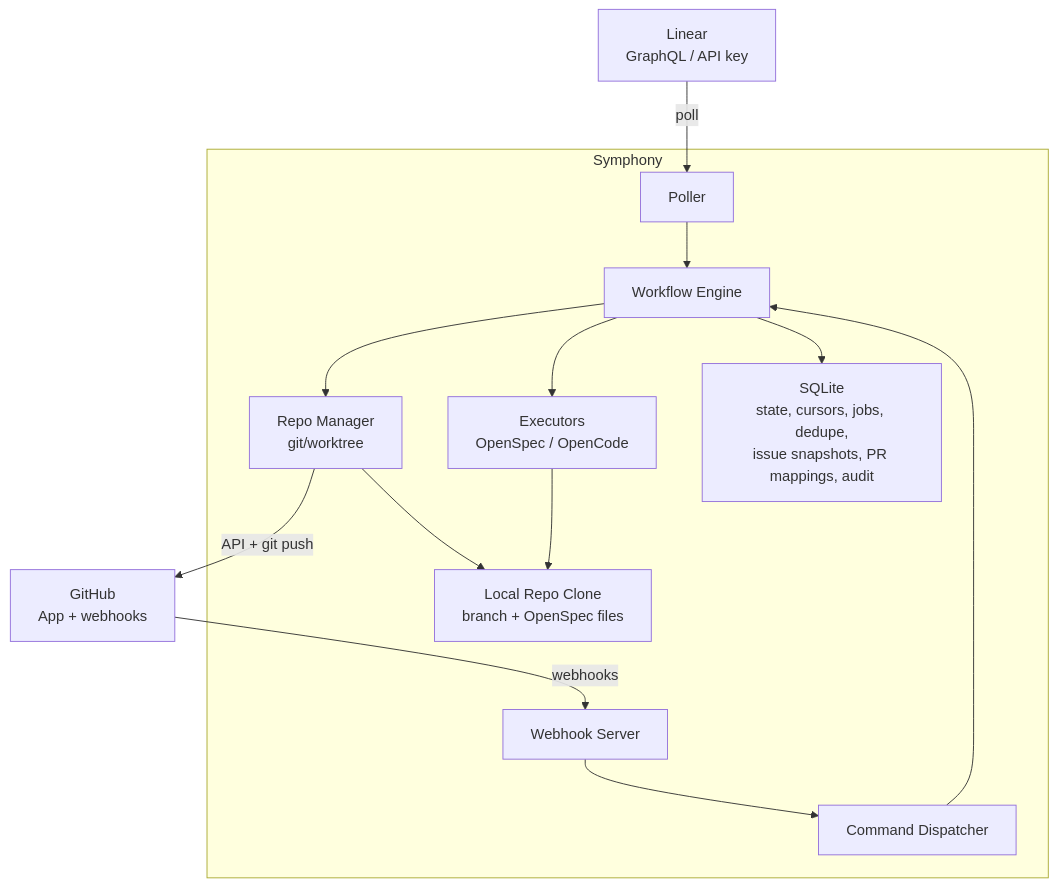
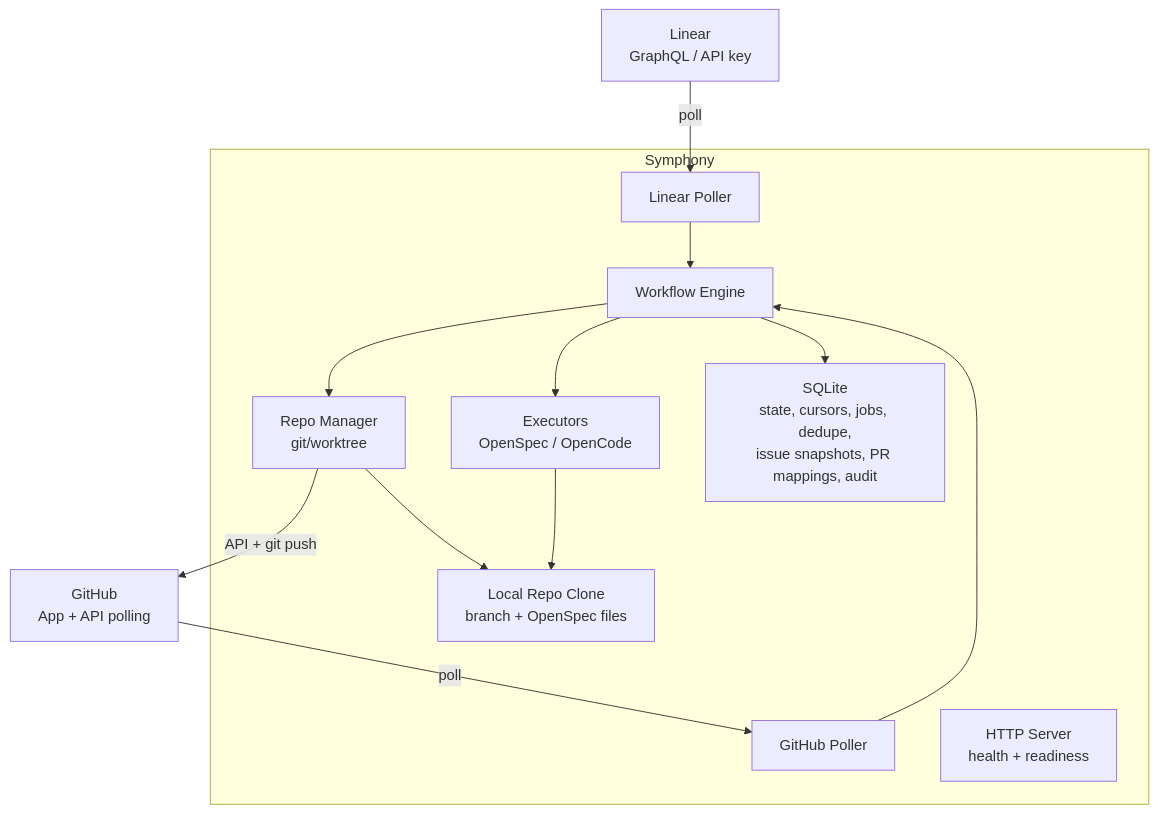
The first of 3 diagrams in docs/architecture.md (mngeow/heimdall), drawn with Mermaid before and after one commit. The commit also changed other lines of this file and 22 other files, not shown here.

First line of the commit message:
feat: define GitHub polling intake

````diff
--- a/docs/architecture.md
+++ b/docs/architecture.md
@@ -12,26 +13,26 @@
 ```mermaid
 flowchart TB
-    Linear["Linear<br/>GraphQL / API key"] -->|poll| Poller
-    GitHub["GitHub<br/>App + webhooks"] -->|webhooks| WebhookServer
+    Linear["Linear<br/>GraphQL / API key"] -->|poll| LinearPoller
+    GitHub["GitHub<br/>App + API polling"] -->|poll| GitHubPoller
 
     subgraph Symphony["Symphony"]
-        Poller["Poller"]
-        WebhookServer["Webhook Server"]
-        CommandDispatcher["Command Dispatcher"]
+        LinearPoller["Linear Poller"]
+        GitHubPoller["GitHub Poller"]
+        HTTPServer["HTTP Server<br/>health + readiness"]
         WorkflowEngine["Workflow Engine"]
         RepoManager["Repo Manager<br/>git/worktree"]
         Executors["Executors<br/>OpenSpec / OpenCode"]
         LocalRepo["Local Repo Clone<br/>branch + OpenSpec files"]
         SQLite["SQLite<br/>state, cursors, jobs, dedupe,<br/>issue snapshots, PR mappings, audit"]
 
-        Poller --> WorkflowEngine
-        WebhookServer --> CommandDispatcher --> WorkflowEngine
+        LinearPoller --> WorkflowEngine
+        GitHubPoller --> WorkflowEngine
         WorkflowEngine --> RepoManager
         WorkflowEngine --> Executors
         WorkflowEngine --> SQLite
         RepoManager --> LocalRepo
         Executors --> LocalRepo
     end
 
     RepoManager -->|API + git push| GitHub
 ```
````
